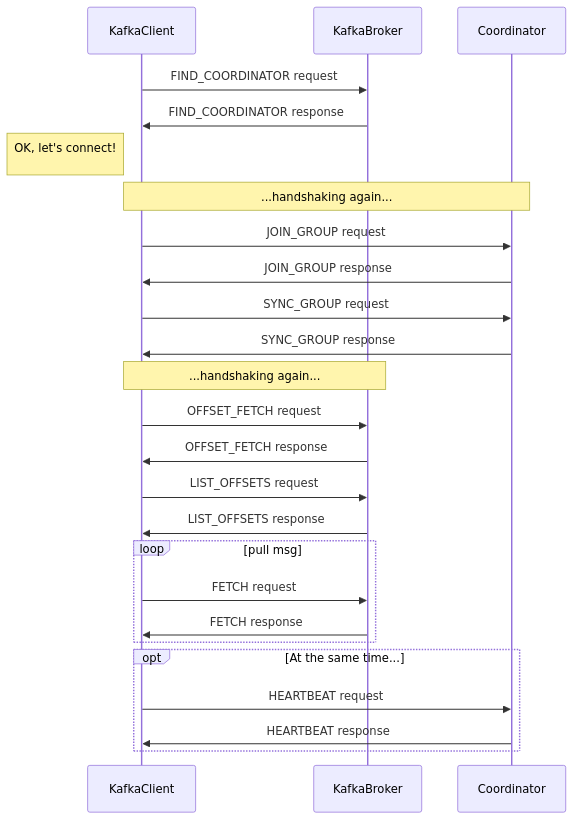
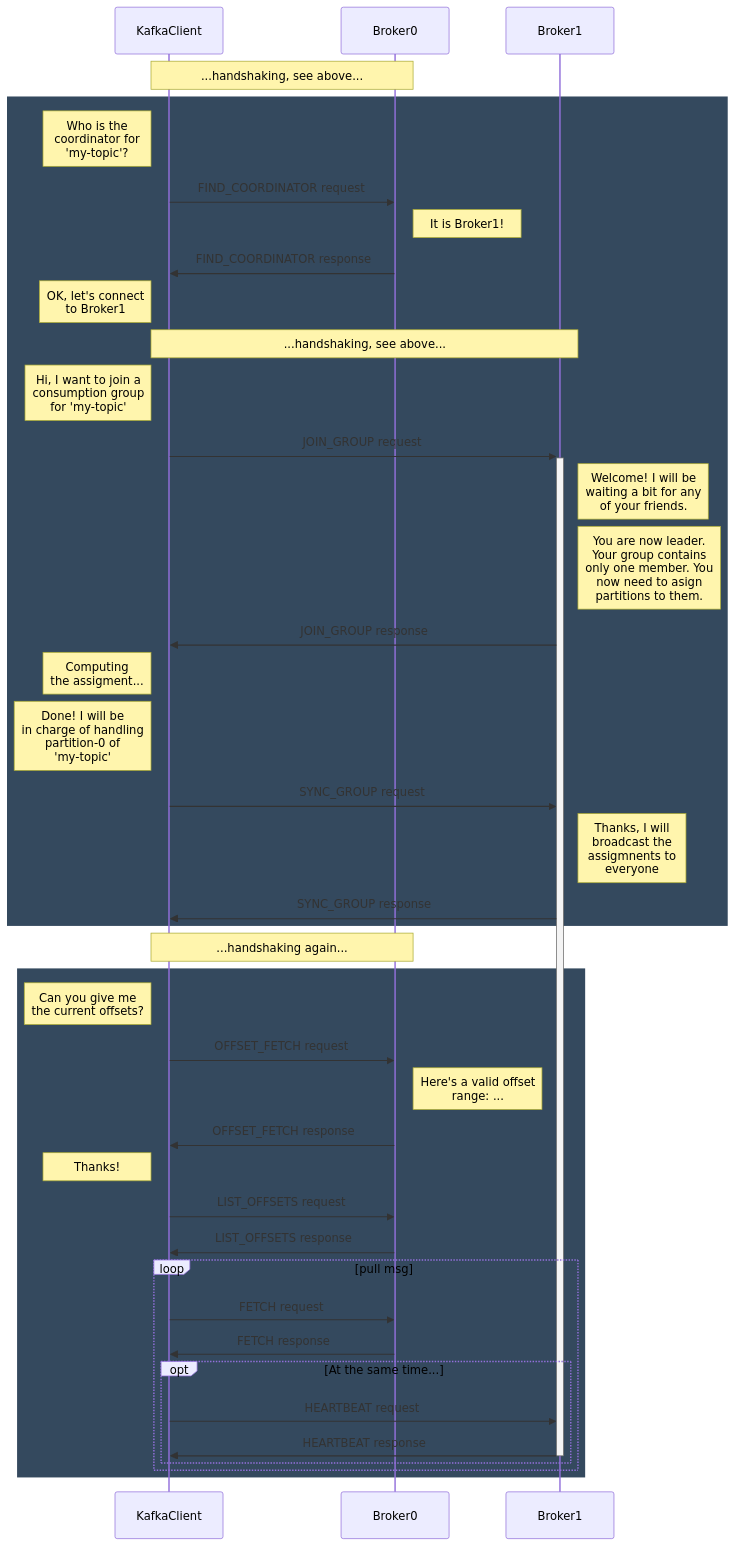
One commit to PierreZ/pierrezemb.fr changed the third of 3 diagrams in content/posts/diving-into-kafka-protocol/index.md. Above: the diagram before and after it, drawn with Mermaid. The commit also changed other lines of this file, not shown here.

Commit message:
kafka blogpost handskahe and produce done

```diff
--- a/content/posts/diving-into-kafka-protocol/index.md
+++ b/content/posts/diving-into-kafka-protocol/index.md
@@ -62,36 +99,54 @@
 {{<mermaid>}}
 sequenceDiagram
-    KafkaClient ->> KafkaBroker: FIND_COORDINATOR request
-    KafkaBroker ->> KafkaClient: FIND_COORDINATOR response
 
-    Note left of KafkaClient: OK, let's connect!<br/>
+    Note over KafkaClient,Broker0: ...handshaking, see above...
+    rect rgb(52, 73, 94)
 
-    Note over KafkaClient,Coordinator: ...handshaking again...
+        Note left of KafkaClient: Who is the <br/> coordinator for<br/> 'my-topic'?
+        KafkaClient ->> Broker0: FIND_COORDINATOR request
 
-    KafkaClient ->> Coordinator: JOIN_GROUP request
-    Coordinator ->> KafkaClient: JOIN_GROUP response
+        Note right of Broker0: It is Broker1!
+        Broker0 ->> KafkaClient: FIND_COORDINATOR response
 
-    KafkaClient ->> Coordinator: SYNC_GROUP request
-    Coordinator ->> KafkaClient: SYNC_GROUP response
+        Note left of KafkaClient: OK, let's connect<br/> to Broker1
+        Note over KafkaClient,Broker1: ...handshaking, see above...
 
-    Note over KafkaClient,KafkaBroker: ...handshaking again...
+        Note left of KafkaClient: Hi, I want to join a <br/> consumption group <br/>for 'my-topic'
+        KafkaClient ->>+ Broker1: JOIN_GROUP request
 
-    KafkaClient ->> KafkaBroker: OFFSET_FETCH request
-    KafkaBroker ->> KafkaClient: OFFSET_FETCH response
+        Note right of Broker1: Welcome! I will be <br/> waiting a bit for any <br/>of your friends.
+        Note right of Broker1: You are now leader. <br/>Your group contains  <br/> only one member. You <br/> now need to asign <br/>partitions to them. 
+        Broker1 ->> KafkaClient: JOIN_GROUP response
 
-    KafkaClient ->> KafkaBroker: LIST_OFFSETS request
-    KafkaBroker ->> KafkaClient: LIST_OFFSETS response
+        Note left of KafkaClient: Computing <br/>the assigment...
+        Note left of KafkaClient: Done! I will be <br/> in charge of handling <br/> partition-0 of <br/>'my-topic'
+        KafkaClient ->> Broker1: SYNC_GROUP request
+
+        Note right of Broker1: Thanks, I will <br/>broadcast the <br/>assigmnents to <br/>everyone
+        Broker1 ->> KafkaClient: SYNC_GROUP response
+
+    end
+        Note over KafkaClient,Broker0: ...handshaking again...
+    rect rgb(52, 73, 94)
+
+        Note left of KafkaClient: Can you give me <br/> the current offsets?
+        KafkaClient ->> Broker0: OFFSET_FETCH request
+
+        Note right of Broker0: Here's a valid offset <br/> range: ...
+        Broker0 ->> KafkaClient: OFFSET_FETCH response
+
+        Note left of KafkaClient: Thanks!
+        KafkaClient ->> Broker0: LIST_OFFSETS request
+        
+        Broker0 ->> KafkaClient: LIST_OFFSETS response
     
-    loop pull msg
-        KafkaClient ->> KafkaBroker: FETCH request
-        KafkaBroker ->> KafkaClient: FETCH response
-    end
-
-    opt At the same time...
-        KafkaClient ->> Coordinator: HEARTBEAT request
-        Coordinator ->> KafkaClient: HEARTBEAT response
-    end
-
-
-
+        loop pull msg
+            KafkaClient ->> Broker0: FETCH request
+            Broker0 ->> KafkaClient: FETCH response
+                    opt At the same time...
+                KafkaClient ->> Broker1: HEARTBEAT request
+                Broker1 ->>- KafkaClient: HEARTBEAT response
+        end
+        end
+    end 
 {{</mermaid>}}
```
